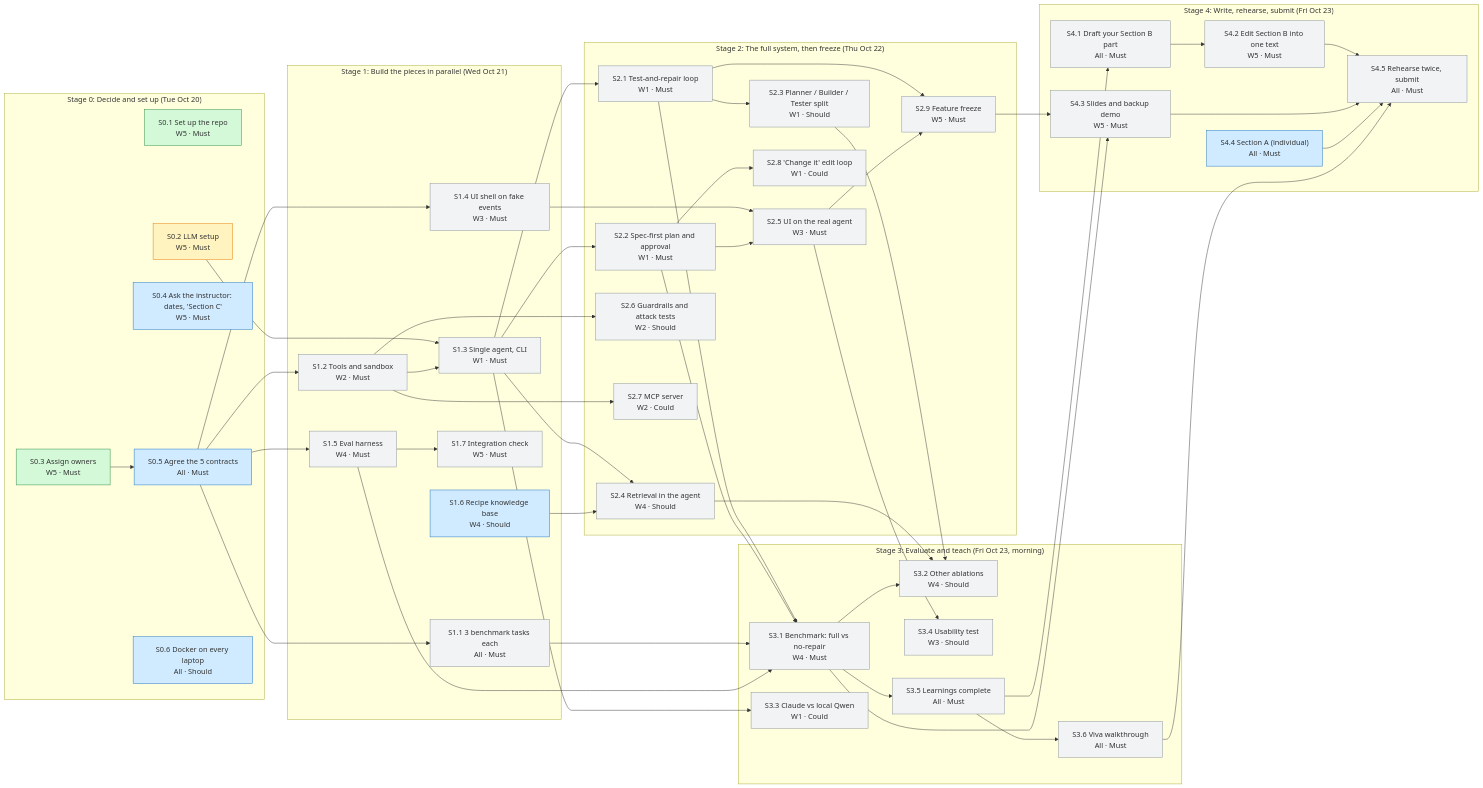
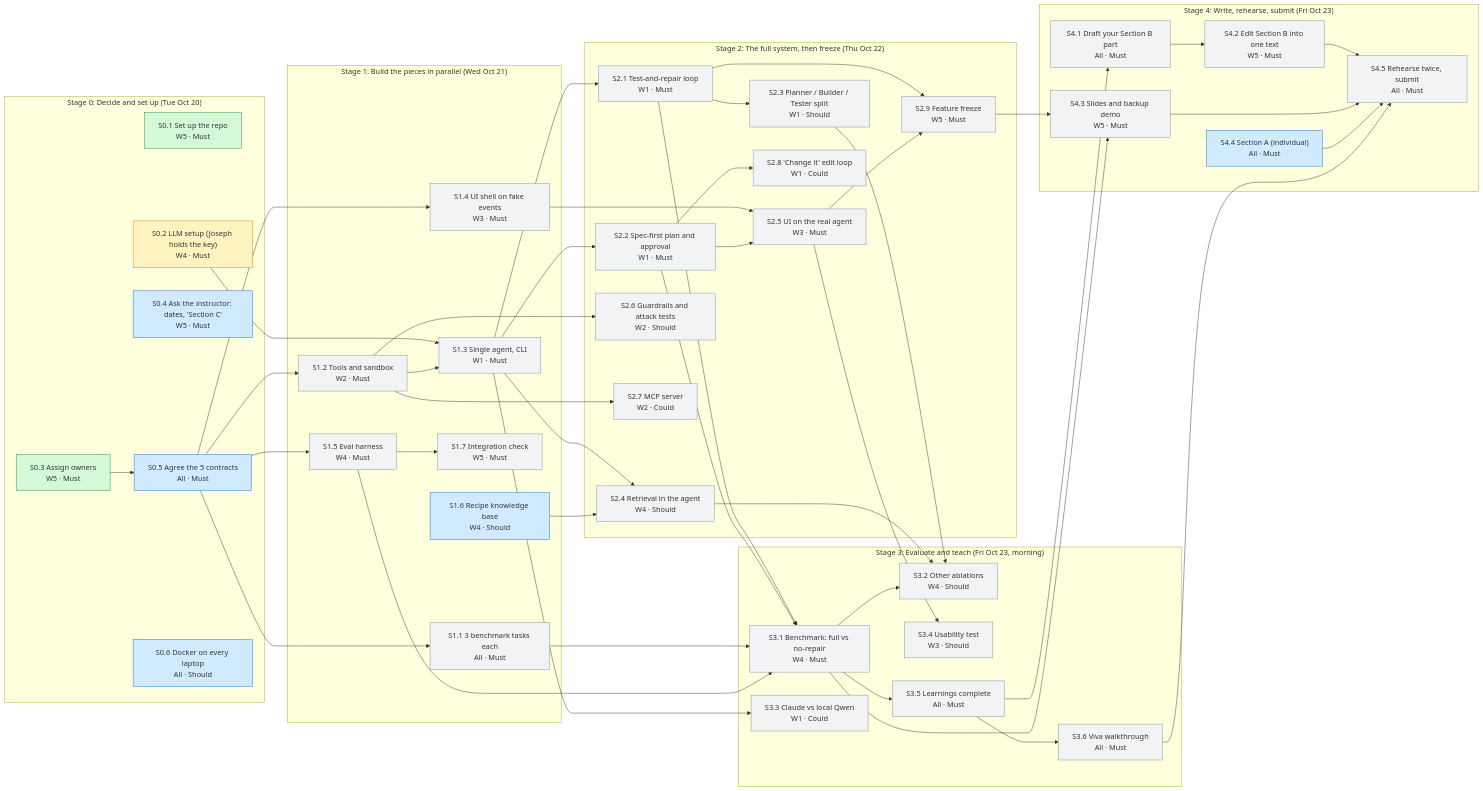
One commit to ASU-MICS-2028/nlp-group-1-prosit-2 changed the diagram in docs/PLAN.md. Above: the diagram before and after it, drawn with Mermaid. The commit also changed other lines of this file and 1 other file, not shown here.

Commit message:
Move LLM key setup to Joseph, who holds the key

```diff
--- a/docs/PLAN.md
+++ b/docs/PLAN.md
@@ -30,7 +30,7 @@
 flowchart LR
   subgraph Stage0["Stage 0: Decide and set up (Tue Oct 20)"]
     S0_1["S0.1 Set up the repo<br/>W5 · Must"]:::done
-    S0_2["S0.2 LLM setup<br/>W5 · Must"]:::doing
+    S0_2["S0.2 LLM setup (Joseph holds the key)<br/>W4 · Must"]:::doing
     S0_3["S0.3 Assign owners<br/>W5 · Must"]:::done
     S0_4["S0.4 Ask the instructor: dates, 'Section C'<br/>W5 · Must"]:::ready
     S0_5["S0.5 Agree the 5 contracts<br/>All · Must"]:::ready
```
